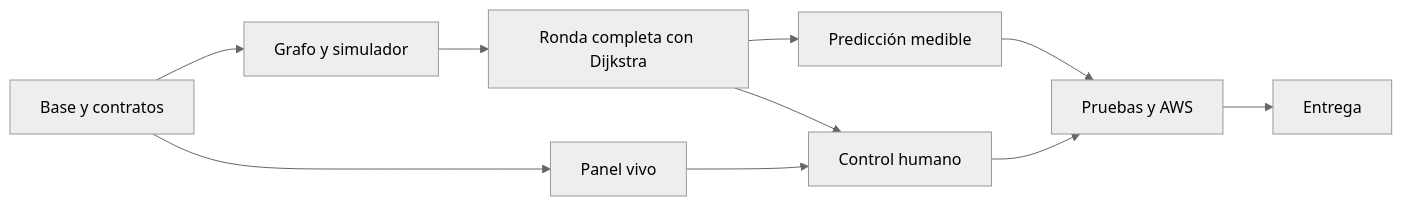
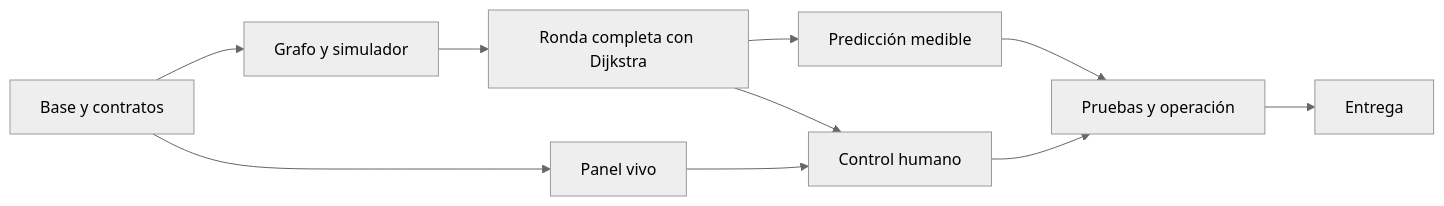
One commit to Walthergl66/SPOOKYTHON changed the diagram in docs/seguimiento/plan-implementacion.md. Above: the diagram before and after it, drawn with Mermaid (neutral theme). The commit also changed other lines of this file and 25 other files, not shown here.

````diff
--- a/docs/seguimiento/plan-implementacion.md
+++ b/docs/seguimiento/plan-implementacion.md
@@ -9,12 +9,12 @@
 ```mermaid
 flowchart LR
     P0[Base y contratos] --> P1[Grafo y simulador]
     P1 --> P2[Ronda completa con Dijkstra]
     P2 --> P3[Predicción medible]
     P0 --> P4[Panel vivo]
     P2 --> P4B[Control humano]
     P4 --> P4B
-    P3 --> P5[Pruebas y AWS]
+    P3 --> P5[Pruebas y operación]
     P4B --> P5
     P5 --> P6[Entrega]
 ```
````
